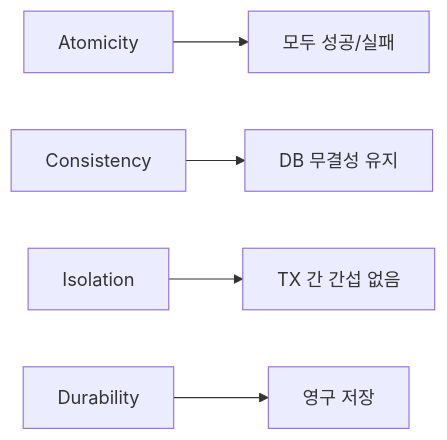
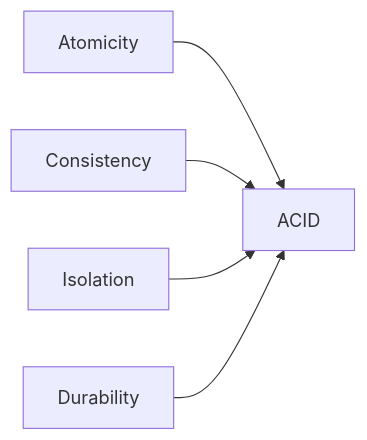
One commit to yjkim2015/yjkim2015.github.io changed the fourth of 11 diagrams in _posts/spring/2026-05-02-spring-db-1.md. Above: the diagram before and after it, drawn with Mermaid. The commit also changed other lines of this file and 163 other files, not shown here.

First line of the commit message:
Mermaid 300개 블록 내용 축소: 5노드 5엣지 이하, 의미 있는 약어

````diff
--- a/_posts/spring/2026-05-02-spring-db-1.md
+++ b/_posts/spring/2026-05-02-spring-db-1.md
@@ -209,7 +209,7 @@
 ```mermaid
 graph LR
-    A["Atomicity"] --> A1["모두 성공/실패"]
-    B["Consistency"] --> B1["DB 무결성 유지"]
-    C["Isolation"] --> C1["TX 간 간섭 없음"]
-    D["Durability"] --> D1["영구 저장"]
+    A[Atomicity] --> E[ACID]
+    B[Consistency] --> E
+    C[Isolation] --> E
+    D[Durability] --> E
 ```
````
